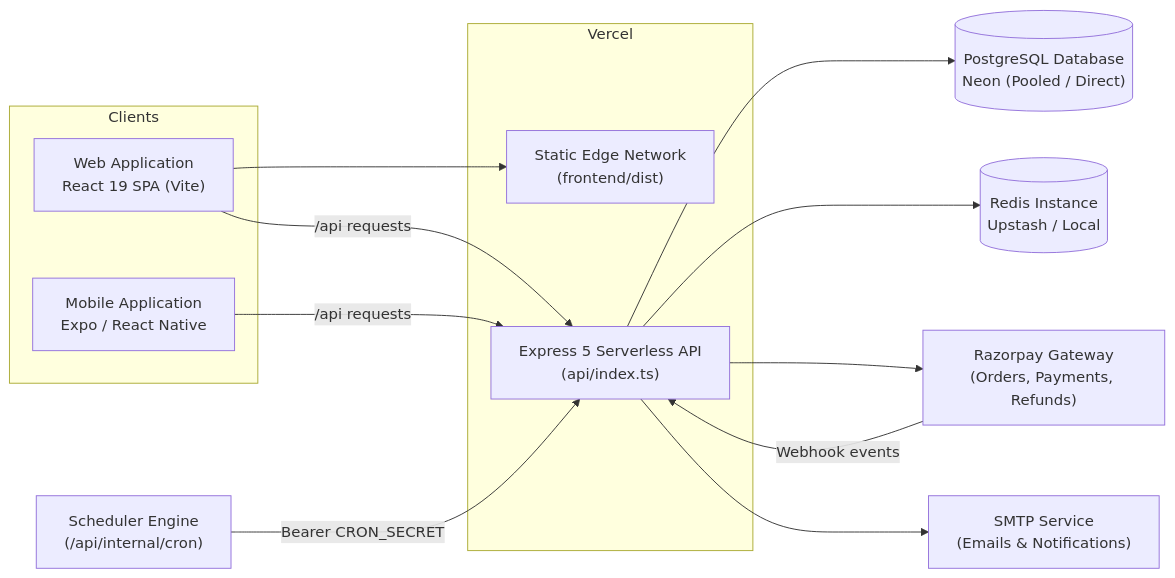
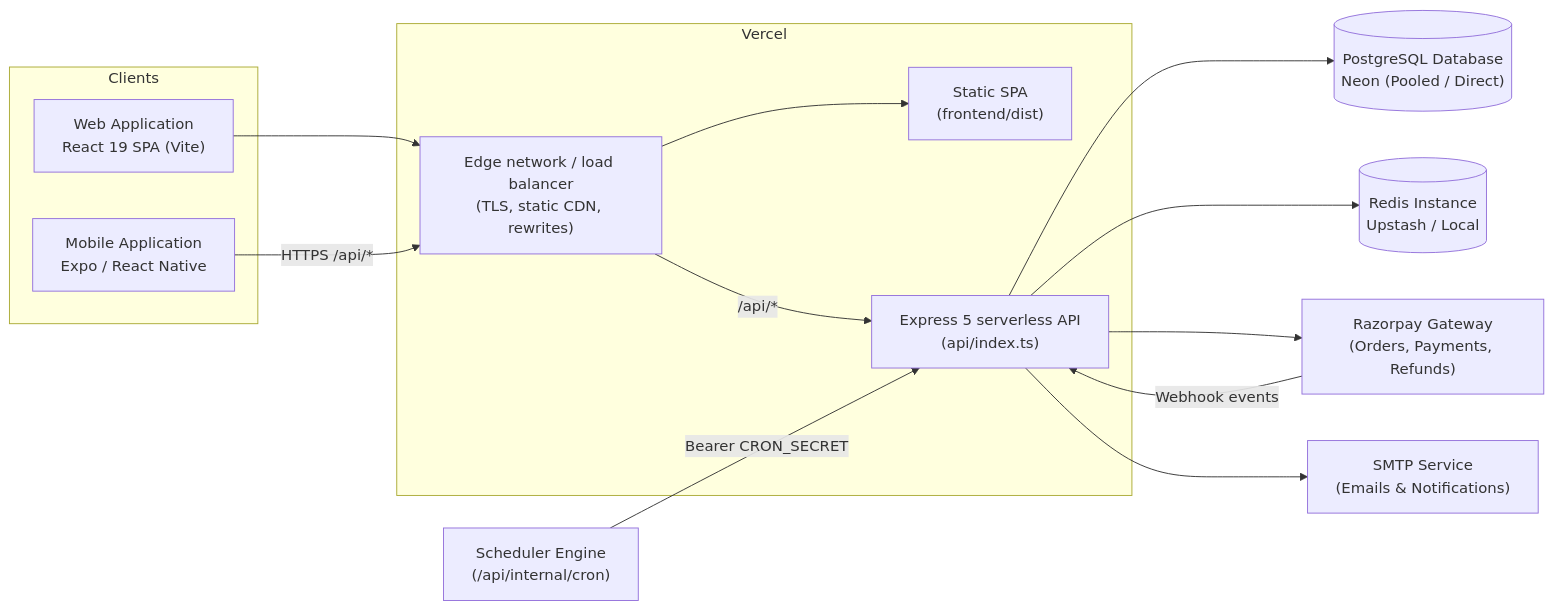
The first of 2 diagrams in docs/DOCUMENTATION.md (Himanshusingh204/vajra-fitness-gym-management), drawn with Mermaid before and after one commit. The commit also changed other lines of this file and 293 other files, not shown here.

````diff
--- a/docs/DOCUMENTATION.md
+++ b/docs/DOCUMENTATION.md
@@ -71,26 +93,28 @@
 ```mermaid
 flowchart LR
   subgraph Clients
     W["Web Application<br/>React 19 SPA (Vite)"]
     M["Mobile Application<br/>Expo / React Native"]
   end
   subgraph Vercel
-    CDN["Static Edge Network<br/>(frontend/dist)"]
-    API["Express 5 Serverless API<br/>(api/index.ts)"]
+    EDGE["Edge network / load balancer<br/>(TLS, static CDN, rewrites)"]
+    CDN["Static SPA<br/>(frontend/dist)"]
+    API["Express 5 serverless API<br/>(api/index.ts)"]
   end
   PG[("PostgreSQL Database<br/>Neon (Pooled / Direct)")]
   RD[("Redis Instance<br/>Upstash / Local")]
   RZ["Razorpay Gateway<br/>(Orders, Payments, Refunds)"]
   SM["SMTP Service<br/>(Emails & Notifications)"]
   CR["Scheduler Engine<br/>(/api/internal/cron)"]
 
-  W --> CDN
-  W -->|/api requests| API
-  M -->|/api requests| API
+  W --> EDGE
+  EDGE --> CDN
+  EDGE -->|/api/*| API
+  M -->|HTTPS /api/*| EDGE
   CR -->|Bearer CRON_SECRET| API
   API --> PG
   API --> RD
   API --> RZ
   RZ -->|Webhook events| API
   API --> SM
 ```
````
